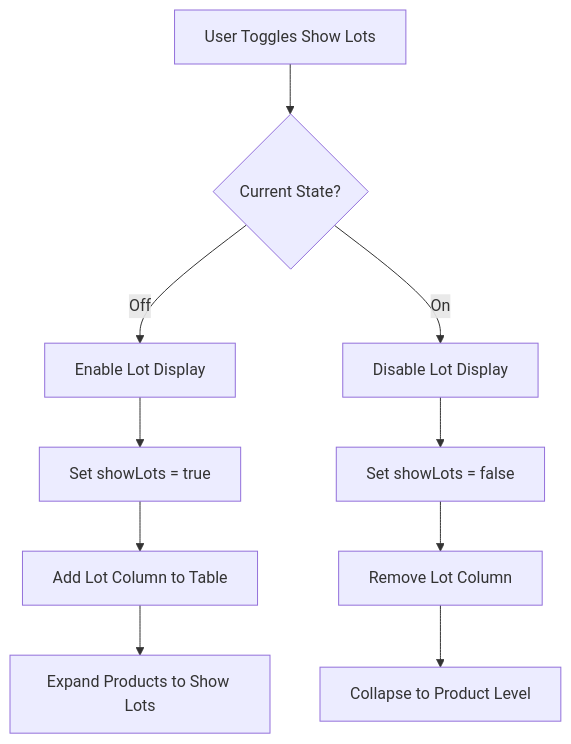
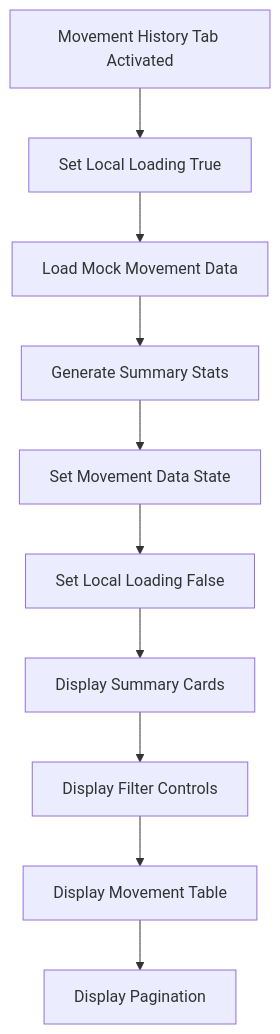
One commit to PeakMNA/carmen changed the seventh of 16 diagrams in docs/app/inventory-management/stock-overview/inventory-balance/FD-inventory-balance.md. Above: the diagram before and after it, drawn with Mermaid. The commit also changed other lines of this file and 473 other files, not shown here.

````diff
--- a/docs/app/inventory-management/stock-overview/inventory-balance/FD-inventory-balance.md
+++ b/docs/app/inventory-management/stock-overview/inventory-balance/FD-inventory-balance.md
@@ -122,12 +136,12 @@
 ```mermaid
 flowchart TD
-    A[User Toggles Show Lots] --> B{Current State?}
-    B -->|Off| C[Enable Lot Display]
-    B -->|On| D[Disable Lot Display]
-    C --> E[Set showLots = true]
-    D --> F[Set showLots = false]
-    E --> G[Add Lot Column to Table]
-    F --> H[Remove Lot Column]
-    G --> I[Expand Products to Show Lots]
-    H --> J[Collapse to Product Level]
+    A[Movement History Tab Activated] --> B[Set Local Loading True]
+    B --> C[Load Mock Movement Data]
+    C --> D[Generate Summary Stats]
+    D --> E[Set Movement Data State]
+    E --> F[Set Local Loading False]
+    F --> G[Display Summary Cards]
+    G --> H[Display Filter Controls]
+    H --> I[Display Movement Table]
+    I --> J[Display Pagination]
 ```
````
